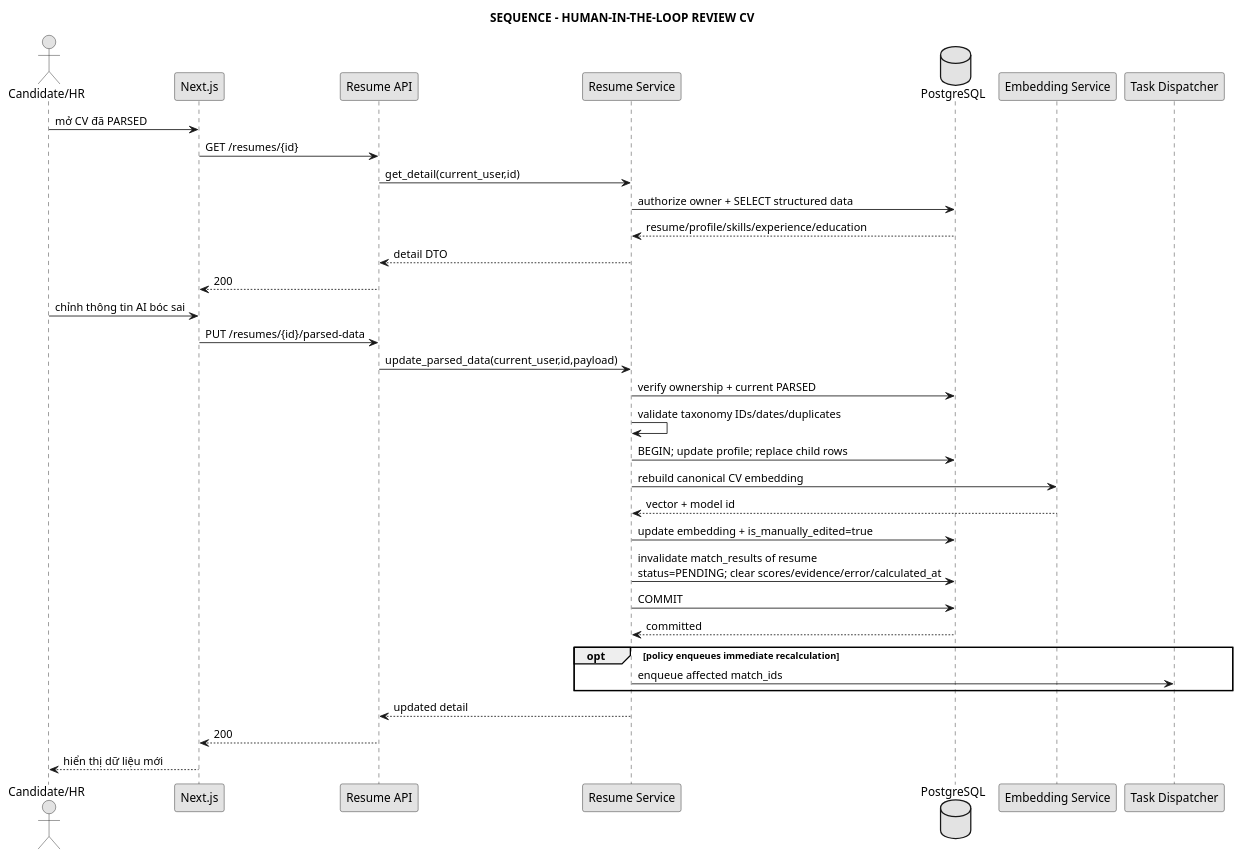
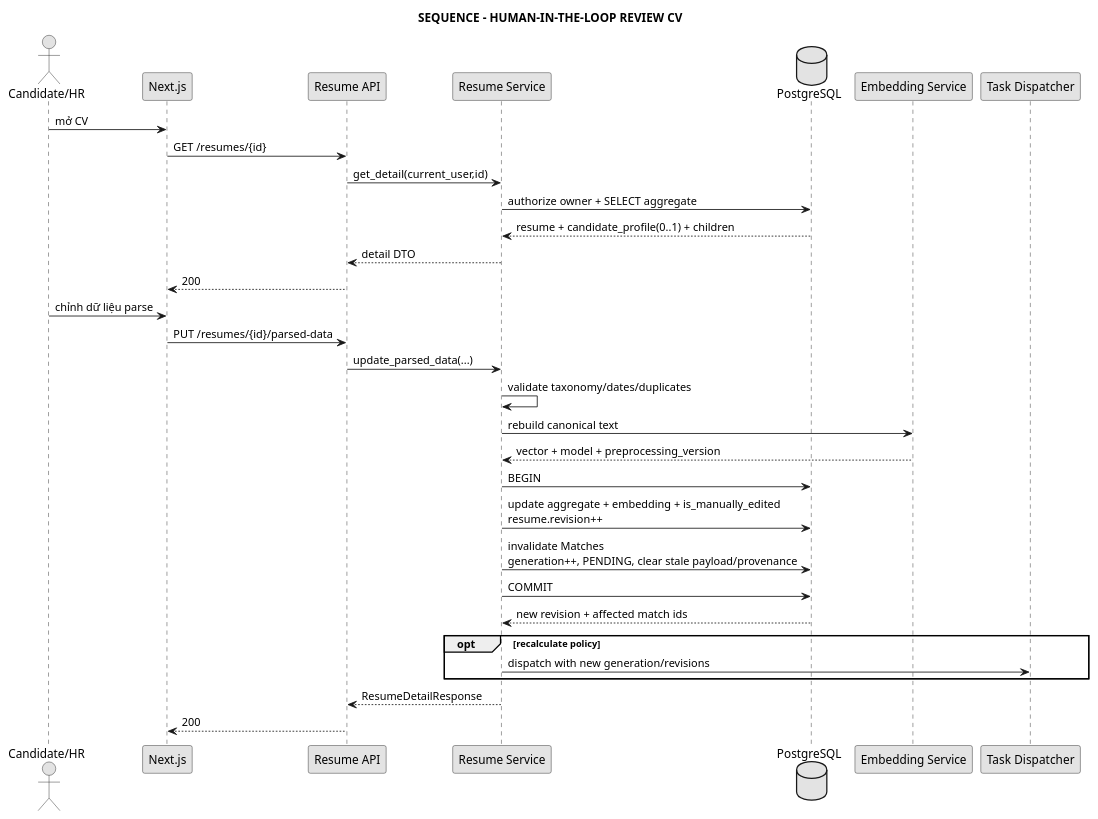
One commit to anh632k-ui/WebCVUngVienTuyenDung changed the diagram in docs/04_sequence/seq_review_cv.puml. Above: the diagram before and after it, drawn with PlantUML.

Commit message:
docs(sequence): align CV review with revision and provenance

```diff
--- a/docs/04_sequence/seq_review_cv.puml
+++ b/docs/04_sequence/seq_review_cv.puml
@@ -1,42 +1,38 @@
 @startuml
 skinparam monochrome true
 skinparam shadowing false
-
 title SEQUENCE - HUMAN-IN-THE-LOOP REVIEW CV
 
 actor "Candidate/HR" as User
 participant "Next.js" as FE
 participant "Resume API" as API
 participant "Resume Service" as Service
 database "PostgreSQL" as DB
 participant "Embedding Service" as Embedding
 participant "Task Dispatcher" as Dispatcher
 
-User -> FE : mở CV đã PARSED
+User -> FE : mở CV
 FE -> API : GET /resumes/{id}
 API -> Service : get_detail(current_user,id)
-Service -> DB : authorize owner + SELECT structured data
-DB --> Service : resume/profile/skills/experience/education
+Service -> DB : authorize owner + SELECT aggregate
+DB --> Service : resume + candidate_profile(0..1) + children
 Service --> API : detail DTO
 API --> FE : 200
 
-User -> FE : chỉnh thông tin AI bóc sai
+User -> FE : chỉnh dữ liệu parse
 FE -> API : PUT /resumes/{id}/parsed-data
-API -> Service : update_parsed_data(current_user,id,payload)
-Service -> DB : verify ownership + current PARSED
-Service -> Service : validate taxonomy IDs/dates/duplicates
-Service -> DB : BEGIN; update profile; replace child rows
-Service -> Embedding : rebuild canonical CV embedding
-Embedding --> Service : vector + model id
-Service -> DB : update embedding + is_manually_edited=true
-Service -> DB : invalidate match_results of resume\nstatus=PENDING; clear scores/evidence/error/calculated_at
+API -> Service : update_parsed_data(...)
+Service -> Service : validate taxonomy/dates/duplicates
+Service -> Embedding : rebuild canonical text
+Embedding --> Service : vector + model + preprocessing_version
+Service -> DB : BEGIN
+Service -> DB : update aggregate + embedding + is_manually_edited\nresume.revision++
+Service -> DB : invalidate Matches\ngeneration++, PENDING, clear stale payload/provenance
 Service -> DB : COMMIT
-DB --> Service : committed
-opt policy enqueues immediate recalculation
-  Service -> Dispatcher : enqueue affected match_ids
+DB --> Service : new revision + affected match ids
+opt recalculate policy
+  Service -> Dispatcher : dispatch with new generation/revisions
 end
-Service --> API : updated detail
+Service --> API : ResumeDetailResponse
 API --> FE : 200
-FE --> User : hiển thị dữ liệu mới
-
 @enduml
```
